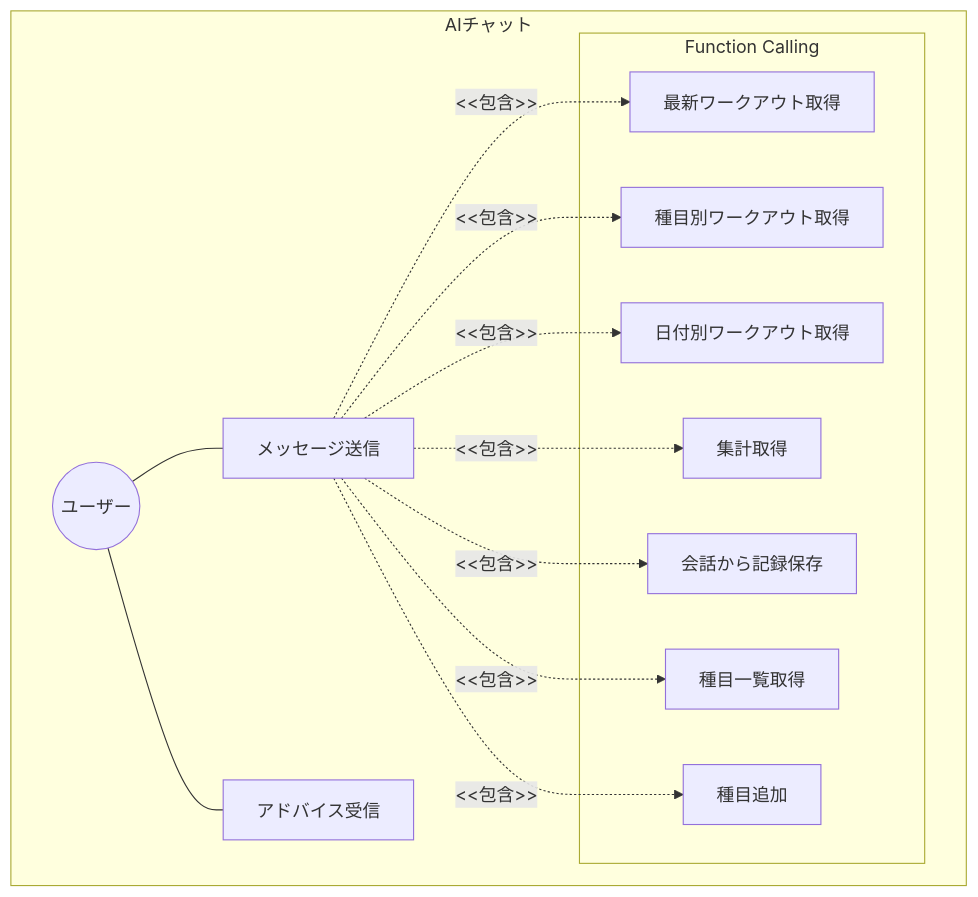
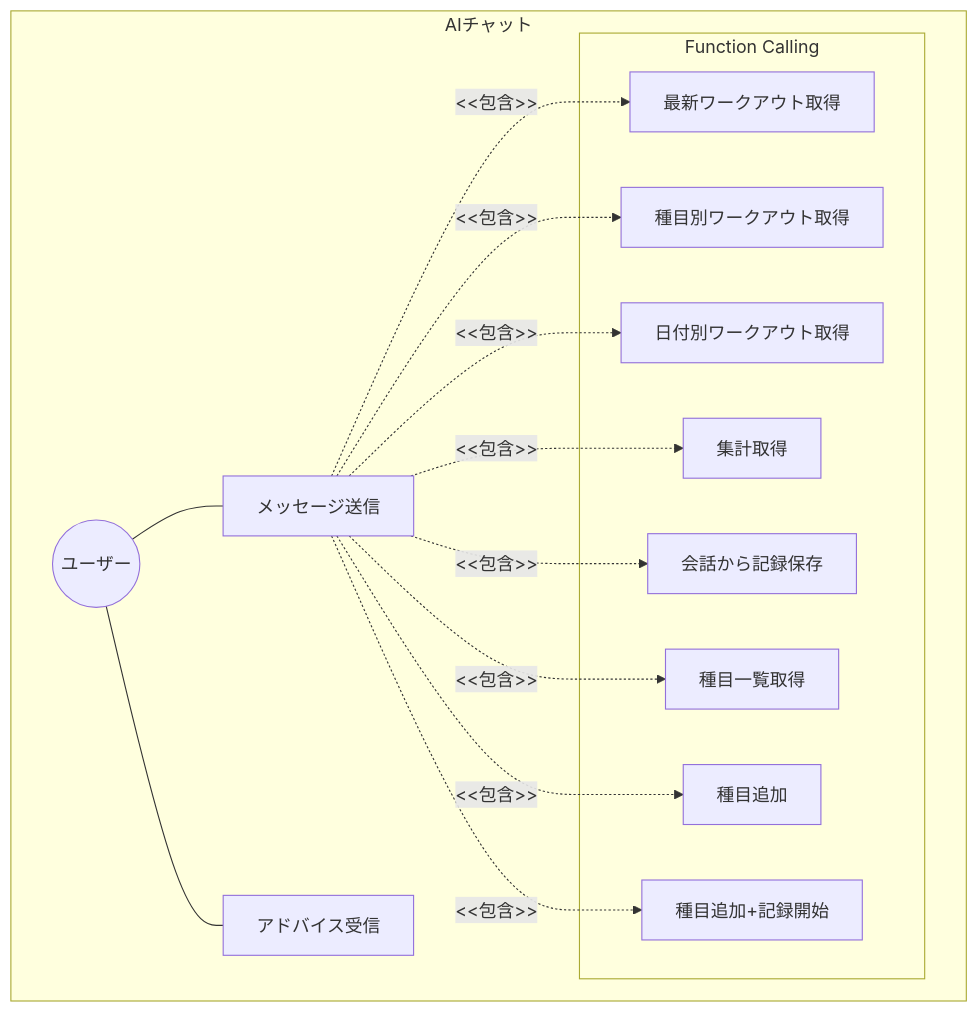
Before and after one commit to SakumaTakuya/gymini: the first of 2 diagrams in docs/prd/ai-chat/index.md, drawn with Mermaid. The commit also changed other lines of this file and 11 other files, not shown here.

````diff
--- a/docs/prd/ai-chat/index.md
+++ b/docs/prd/ai-chat/index.md
@@ -27,28 +27,30 @@
 ```mermaid
 graph TB
     subgraph "AIチャット"
         User((ユーザー))
         SendMessage[メッセージ送信]
         ReceiveAdvice[アドバイス受信]
 
         subgraph "Function Calling"
             GetRecent[最新ワークアウト取得]
             GetByExercise[種目別ワークアウト取得]
             GetByDate[日付別ワークアウト取得]
             GetSummary[集計取得]
             SaveWorkout[会話から記録保存]
             GetExercises[種目一覧取得]
             AddExercise[種目追加]
+            AddExerciseAndLog[種目追加+記録開始]
         end
     end
 
     User --- SendMessage
     User --- ReceiveAdvice
     SendMessage -.->|"<<包含>>"| GetRecent
     SendMessage -.->|"<<包含>>"| GetByExercise
     SendMessage -.->|"<<包含>>"| GetByDate
     SendMessage -.->|"<<包含>>"| GetSummary
     SendMessage -.->|"<<包含>>"| SaveWorkout
     SendMessage -.->|"<<包含>>"| GetExercises
     SendMessage -.->|"<<包含>>"| AddExercise
+    SendMessage -.->|"<<包含>>"| AddExerciseAndLog
 ```
````
